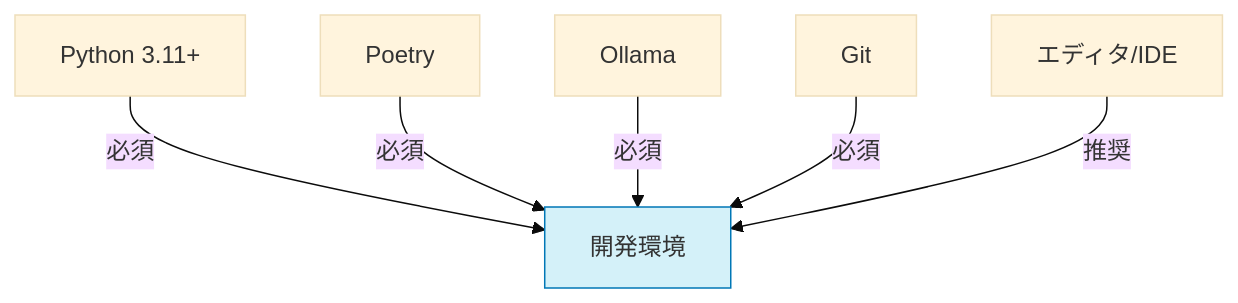
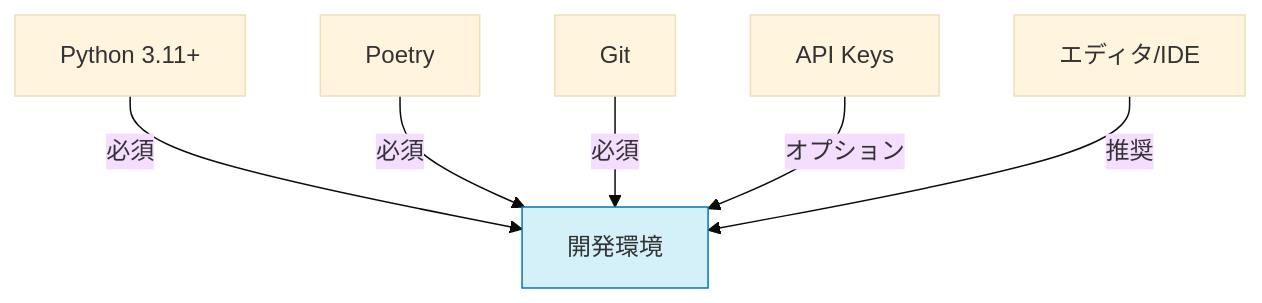
Before and after one commit to NewAITees/ollama-mcp-client-webapp: the first of 2 diagrams in docs/DEVELOPMENT_SETUP.md, drawn with Mermaid (base theme). The commit also changed other lines of this file and 18 other files, not shown here.

````diff
--- a/docs/DEVELOPMENT_SETUP.md
+++ b/docs/DEVELOPMENT_SETUP.md
@@ -14,10 +16,10 @@
 ```mermaid
 graph TD
     A[Python 3.11+] -->|必須| D[開発環境]
     B[Poetry] -->|必須| D
-    C[Ollama] -->|必須| D
-    E[Git] -->|必須| D
+    C[Git] -->|必須| D
+    E[API Keys] -->|オプション| D
     F[エディタ/IDE] -->|推奨| D
     
     style D fill:#d4f1f9,stroke:#0077b6
 ```
````
